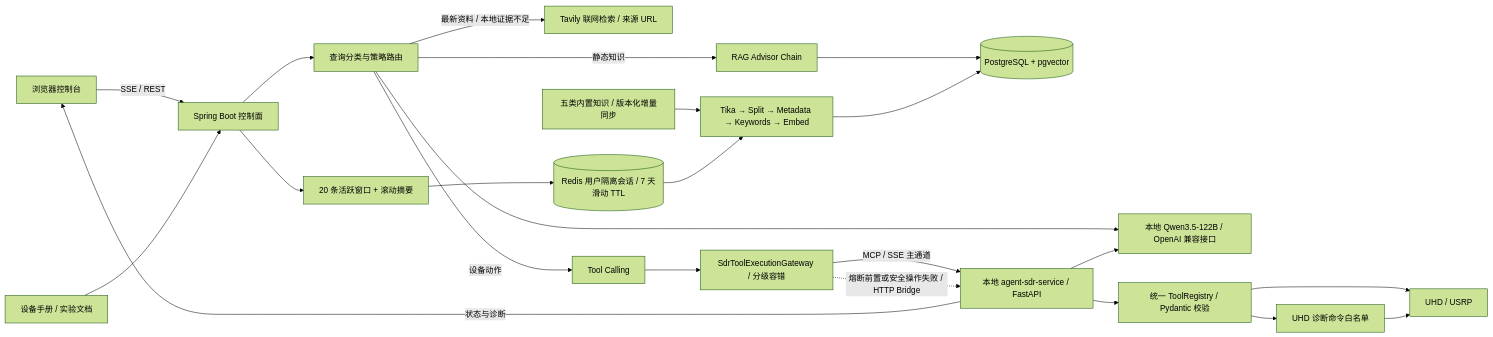
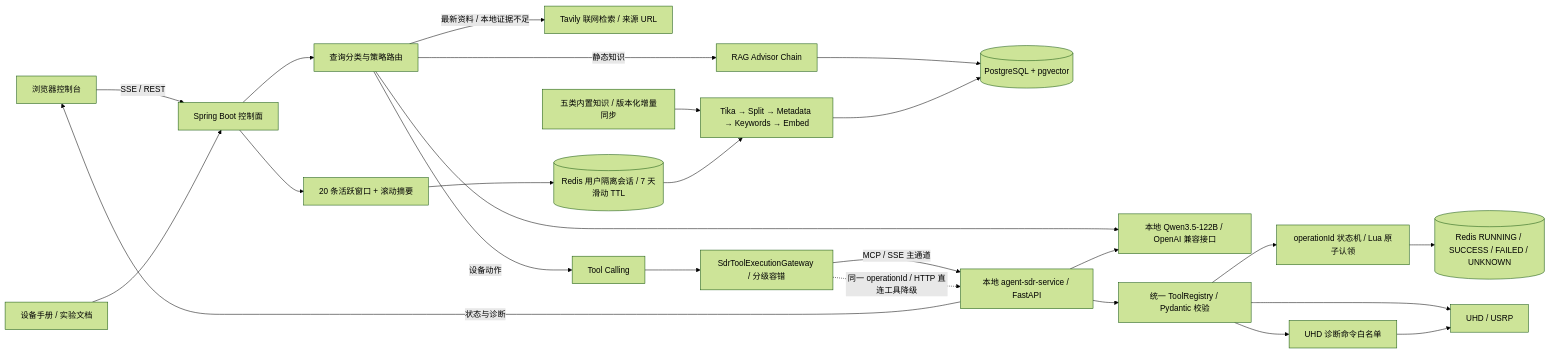
One commit to YoYoYoYp/Wireless-Lab-Agent changed the diagram in README.md. Above: the diagram before and after it, drawn with Mermaid (forest theme). The commit also changed other lines of this file and 30 other files, not shown here.

````diff
--- a/README.md
+++ b/README.md
@@ -49,25 +50,27 @@
 ```mermaid
 flowchart LR
     UI["浏览器控制台"] -->|"SSE / REST"| Spring["Spring Boot 控制面"]
     Spring --> Router["查询分类与策略路由"]
     Router --> Qwen["本地 Qwen3.5-122B / OpenAI 兼容接口"]
     Router -->|"静态知识"| Advisors["RAG Advisor Chain"]
     Advisors --> PG[("PostgreSQL + pgvector")]
     Router -->|"最新资料 / 本地证据不足"| Web["Tavily 联网检索 / 来源 URL"]
     Router -->|"设备动作"| Tools["Tool Calling"]
     Tools --> Gateway["SdrToolExecutionGateway / 分级容错"]
     Gateway -->|"MCP / SSE 主通道"| SDR["本地 agent-sdr-service / FastAPI"]
-    Gateway -.->|"熔断前置或安全操作失败 / HTTP Bridge"| SDR
+    Gateway -.->|"同一 operationId / HTTP 直连工具降级"| SDR
     SDR --> Registry["统一 ToolRegistry / Pydantic 校验"]
+    Registry --> Operation["operationId 状态机 / Lua 原子认领"]
+    Operation --> OperationRedis[("Redis RUNNING / SUCCESS / FAILED / UNKNOWN")]
     Registry --> Diagnostics["UHD 诊断命令白名单"]
     Registry --> UHD["UHD / USRP"]
     Diagnostics --> UHD["UHD / USRP"]
     SDR --> Qwen
     Spring --> Memory["20 条活跃窗口 + 滚动摘要"]
     Memory --> Redis[("Redis 用户隔离会话 / 7 天滑动 TTL")]
     Upload["设备手册 / 实验文档"] --> Spring
     Bundle["五类内置知识 / 版本化增量同步"] --> ETL
     Redis --> ETL["Tika → Split → Metadata → Keywords → Embed"]
     ETL --> PG
     SDR -->|"状态与诊断"| UI
 ```
````
